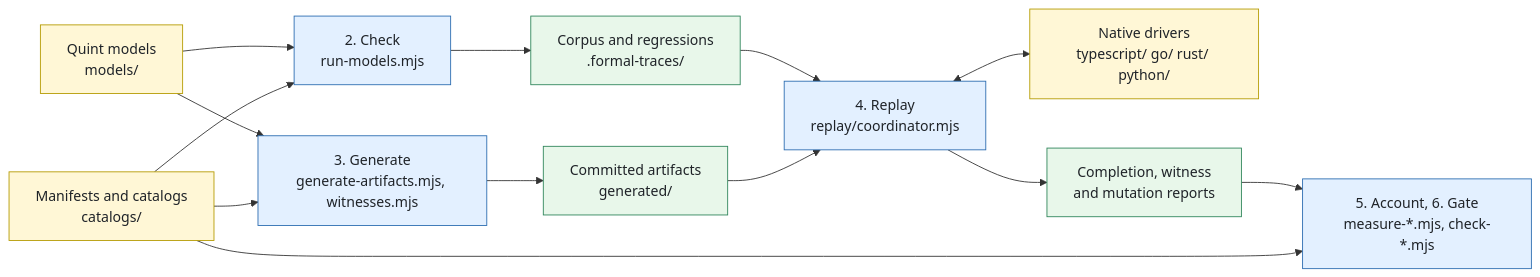
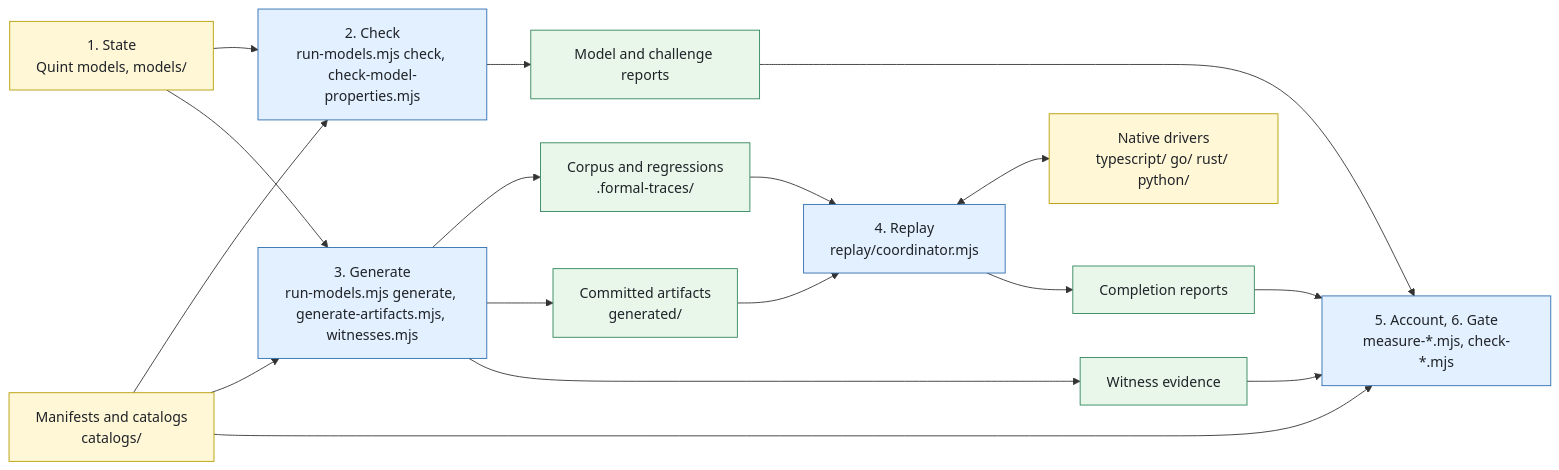
The first of 2 diagrams in formal/README.md (lan17/DialCache), drawn with Mermaid before and after one commit. The commit also changed other lines of this file and 2 other files, not shown here.

````diff
--- a/formal/README.md
+++ b/formal/README.md
@@ -43,23 +37,27 @@
 ```mermaid
 flowchart LR
-  M["Quint models<br/>models/"]:::hand
+  M["1. State<br/>Quint models, models/"]:::hand
   X["Manifests and catalogs<br/>catalogs/"]:::hand
   D["Native drivers<br/>typescript/ go/ rust/ python/"]:::hand
-  RM["2. Check<br/>run-models.mjs"]:::tool
-  GA["3. Generate<br/>generate-artifacts.mjs, witnesses.mjs"]:::tool
+  RM["2. Check<br/>run-models.mjs check, check-model-properties.mjs"]:::tool
+  GA["3. Generate<br/>run-models.mjs generate, generate-artifacts.mjs, witnesses.mjs"]:::tool
   CO["4. Replay<br/>replay/coordinator.mjs"]:::tool
   CK["5. Account, 6. Gate<br/>measure-*.mjs, check-*.mjs"]:::tool
+  MR["Model and challenge reports"]:::out
   CP["Corpus and regressions<br/>.formal-traces/"]:::out
   GF["Committed artifacts<br/>generated/"]:::out
-  RP["Completion, witness<br/>and mutation reports"]:::out
-  M --> RM --> CP --> CO
-  M --> GA --> GF --> CO
+  WE["Witness evidence"]:::out
+  RP["Completion reports"]:::out
+  M --> RM --> MR --> CK
   X --> RM
+  M --> GA --> CP --> CO
+  GA --> GF --> CO
+  GA --> WE --> CK
   X --> GA
   CO <--> D
   CO --> RP --> CK
   X --> CK
   classDef hand fill:#fff7d6,stroke:#b59b00,color:#1f2328
   classDef tool fill:#e3f0ff,stroke:#2b6cb0,color:#1f2328
   classDef out fill:#e8f7ea,stroke:#2f855a,color:#1f2328
 ```
````
